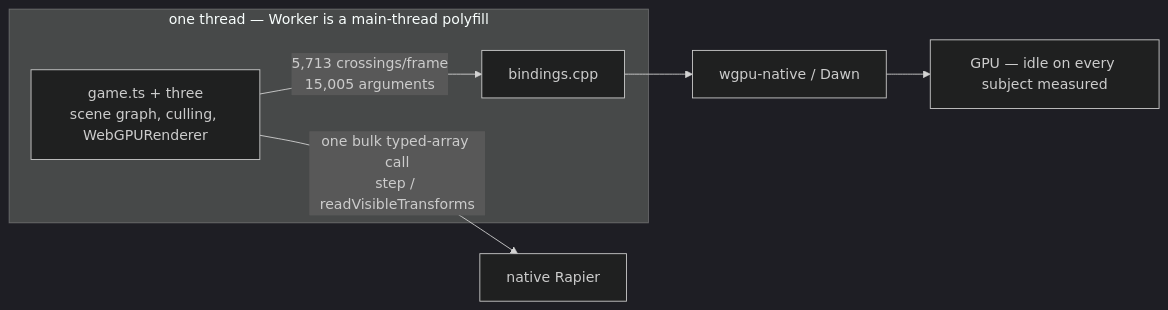
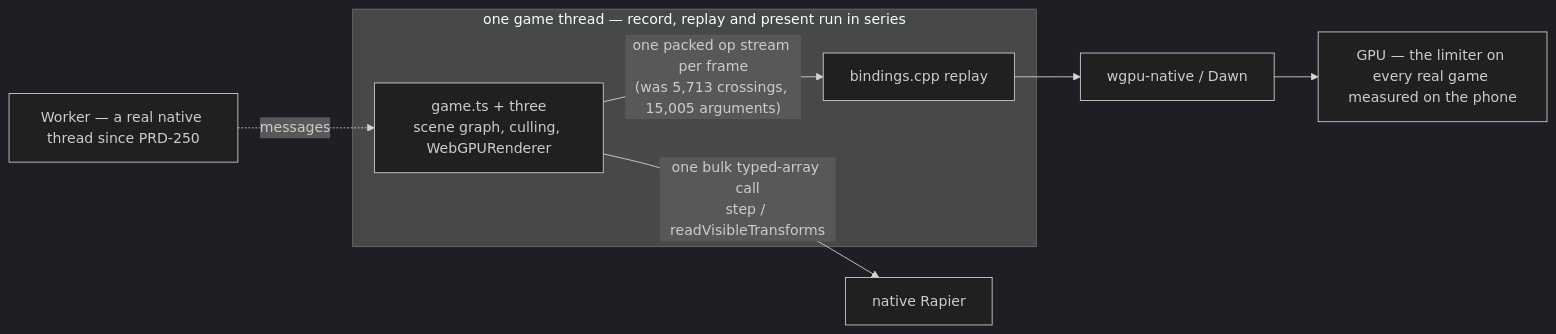
Before and after one commit to ThreeNativeHQ/threenative: the diagram in docs/architecture/NATIVE-PERF-BOTTLENECKS.md, drawn with Mermaid (dark theme). The commit also changed other lines of this file and 36 other files, not shown here.

````diff
--- a/docs/architecture/NATIVE-PERF-BOTTLENECKS.md
+++ b/docs/architecture/NATIVE-PERF-BOTTLENECKS.md
@@ -59,10 +63,11 @@
 ```mermaid
 flowchart LR
-  JS["game.ts + three<br/>scene graph, culling, WebGPURenderer"] -->|"5,713 crossings/frame<br/>15,005 arguments"| B["bindings.cpp"]
-  B --> W["wgpu-native / Dawn"] --> GPU["GPU — idle on every subject measured"]
+  JS["game.ts + three<br/>scene graph, culling, WebGPURenderer"] -->|"one packed op stream per frame<br/>(was 5,713 crossings, 15,005 arguments)"| B["bindings.cpp replay"]
+  B --> W["wgpu-native / Dawn"] --> GPU["GPU — the limiter on every real game measured on the phone"]
   JS -->|"one bulk typed-array call<br/>step / readVisibleTransforms"| P["native Rapier"]
-  subgraph MT["one thread — Worker is a main-thread polyfill"]
+  subgraph MT["one game thread — record, replay and present run in series"]
     JS
     B
   end
+  WK["Worker — a real native thread since PRD-250"] -. messages .-> JS
 ```
````
